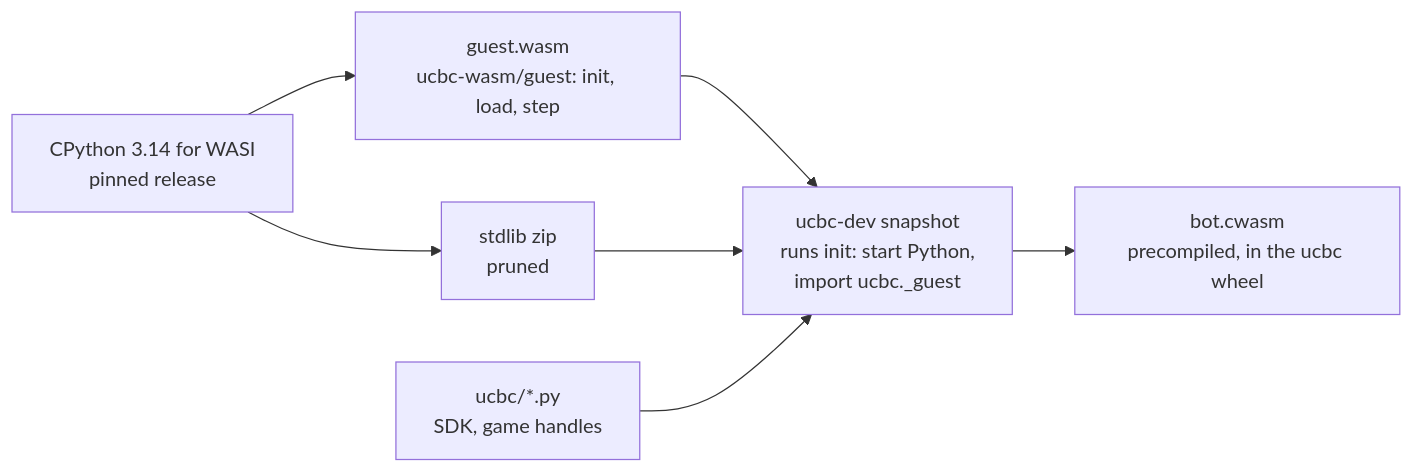
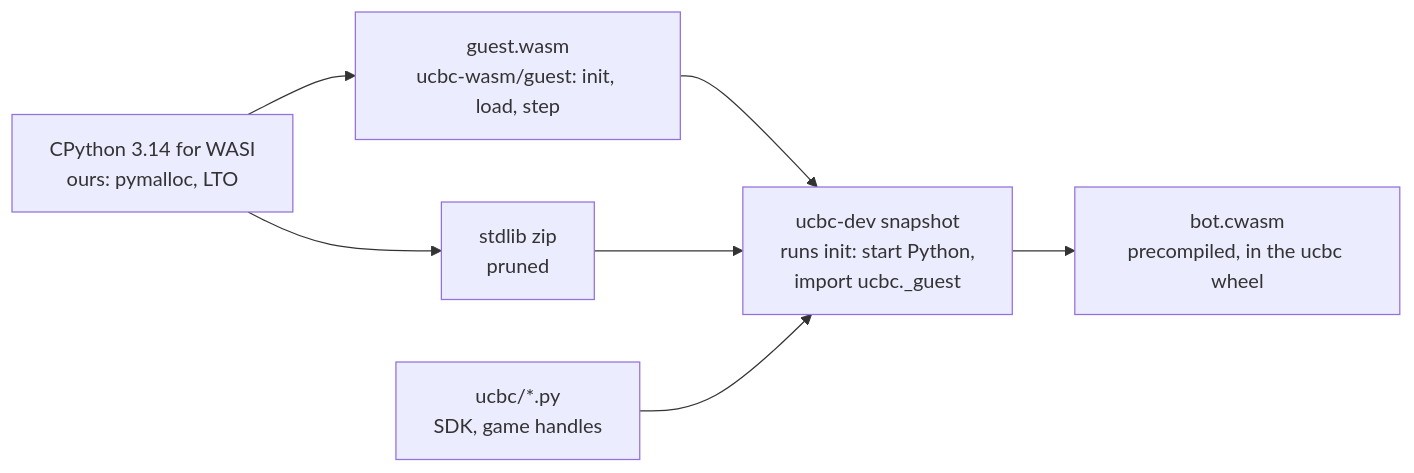
The first of 3 diagrams in docs/wasm.md (aheschl1/ucalgarybc2027), drawn with Mermaid before and after one commit. The commit also changed other lines of this file and 4 other files, not shown here.

````diff
--- a/docs/wasm.md
+++ b/docs/wasm.md
@@ -9,9 +9,9 @@
 ```mermaid
 flowchart LR
-    CP[CPython 3.14 for WASI<br/>pinned release] --> G[guest.wasm<br/>ucbc-wasm/guest: init, load, step]
+    CP[CPython 3.14 for WASI<br/>ours: pymalloc, LTO] --> G[guest.wasm<br/>ucbc-wasm/guest: init, load, step]
     CP --> Z[stdlib zip<br/>pruned]
     G --> S[ucbc-dev snapshot<br/>runs init: start Python,<br/>import ucbc._guest]
     Z --> S
     PY[ucbc/*.py<br/>SDK, game handles] --> S
     S --> C[bot.cwasm<br/>precompiled, in the ucbc wheel]
 ```
````
